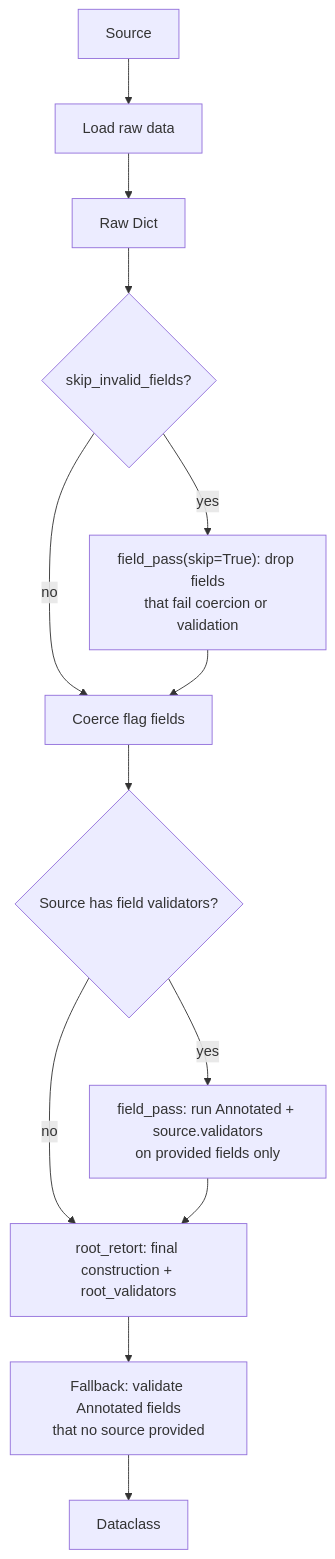
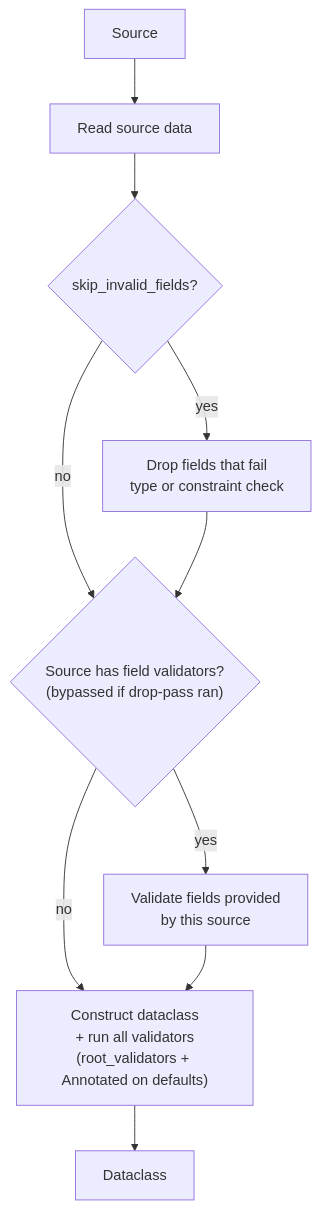
The diagram in docs/loading.md (reagento/dature), drawn with Mermaid before and after one commit. The commit also changed other lines of this file and 4 other files, not shown here.

First line of the commit message:
Refactor/fix mermaid loading merge (#150)

````diff
--- a/docs/loading.md
+++ b/docs/loading.md
@@ -5,15 +5,12 @@
 ```mermaid
 graph TD
-    S[Source] --> L[Load raw data]
-    L --> R[Raw Dict]
-    R --> PB{skip_invalid_fields?}
-    PB -- yes --> PR["field_pass(skip=True): drop fields\nthat fail coercion or validation"]
-    PB -- no --> CF[Coerce flag fields]
-    PR --> CF
-    CF --> V{Source has field validators?}
-    V -- yes --> FP["field_pass: run Annotated + source.validators\non provided fields only"]
-    V -- no --> FR
-    FP --> FR["root_retort: final construction + root_validators"]
-    FR --> FB["Fallback: validate Annotated fields\nthat no source provided"]
-    FB --> D[Dataclass]
+    S["Source"] --> RAW["Read source data"]
+    RAW --> SK{"skip_invalid_fields?"}
+    SK -- yes --> DROP["Drop fields that fail\ntype or constraint check"]
+    SK -- no --> FV
+    DROP --> FV{"Source has field validators?\n(bypassed if drop-pass ran)"}
+    FV -- yes --> FP["Validate fields provided\nby this source"]
+    FV -- no --> ROOT
+    FP --> ROOT["Construct dataclass\n+ run all validators\n(root_validators + Annotated on defaults)"]
+    ROOT --> D["Dataclass"]
 ```
````
